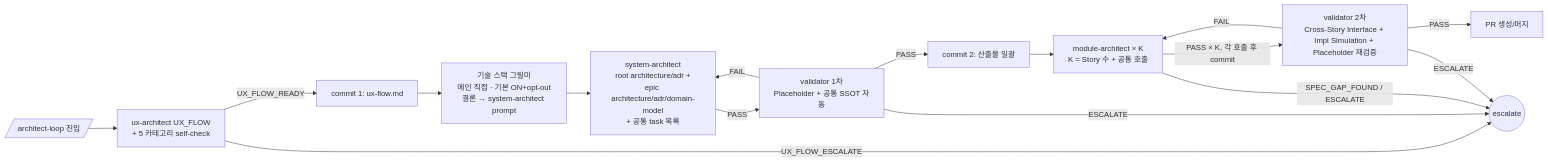
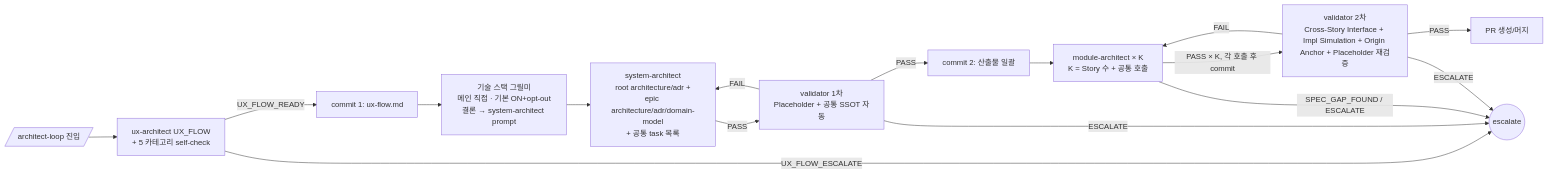
Before and after one commit to alruminum/dcNess: the second of 3 diagrams in docs/plugin/orchestration.md, drawn with Mermaid. The commit also changed other lines of this file and 6 other files, not shown here.

First line of the commit message:
[feature] architecture-validator Origin Anchor 영역 추가 — PRD 원본 provenance 대조

````diff
--- a/docs/plugin/orchestration.md
+++ b/docs/plugin/orchestration.md
@@ -76,18 +76,18 @@
 ```mermaid
 flowchart LR
     entry[/architect-loop 진입/] --> ux[ux-architect UX_FLOW<br/>+ 5 카테고리 self-check]
     ux -->|UX_FLOW_READY| c1[commit 1: ux-flow.md]
     ux -->|UX_FLOW_ESCALATE| esc((escalate))
     c1 --> grill[기술 스택 그릴미<br/>메인 직접 · 기본 ON+opt-out<br/>결론 → system-architect prompt]
     grill --> sd[system-architect<br/>root architecture/adr +<br/>epic architecture/adr/domain-model<br/>+ 공통 task 목록]
     sd -->|PASS| dv1[validator 1차<br/>Placeholder + 공통 SSOT 자동]
     dv1 -->|PASS| c2[commit 2: 산출물 일괄]
     dv1 -->|FAIL| sd
     dv1 -->|ESCALATE| esc
     c2 --> mp[module-architect × K<br/>K = Story 수 + 공통 호출]
-    mp -->|PASS × K, 각 호출 후 commit| dv2[validator 2차<br/>Cross-Story Interface + Impl Simulation + Placeholder 재검증]
+    mp -->|PASS × K, 각 호출 후 commit| dv2[validator 2차<br/>Cross-Story Interface + Impl Simulation + Origin Anchor + Placeholder 재검증]
     mp -->|SPEC_GAP_FOUND / ESCALATE| esc
     dv2 -->|PASS| done[PR 생성/머지]
     dv2 -->|FAIL| mp
     dv2 -->|ESCALATE| esc
 ```
````
